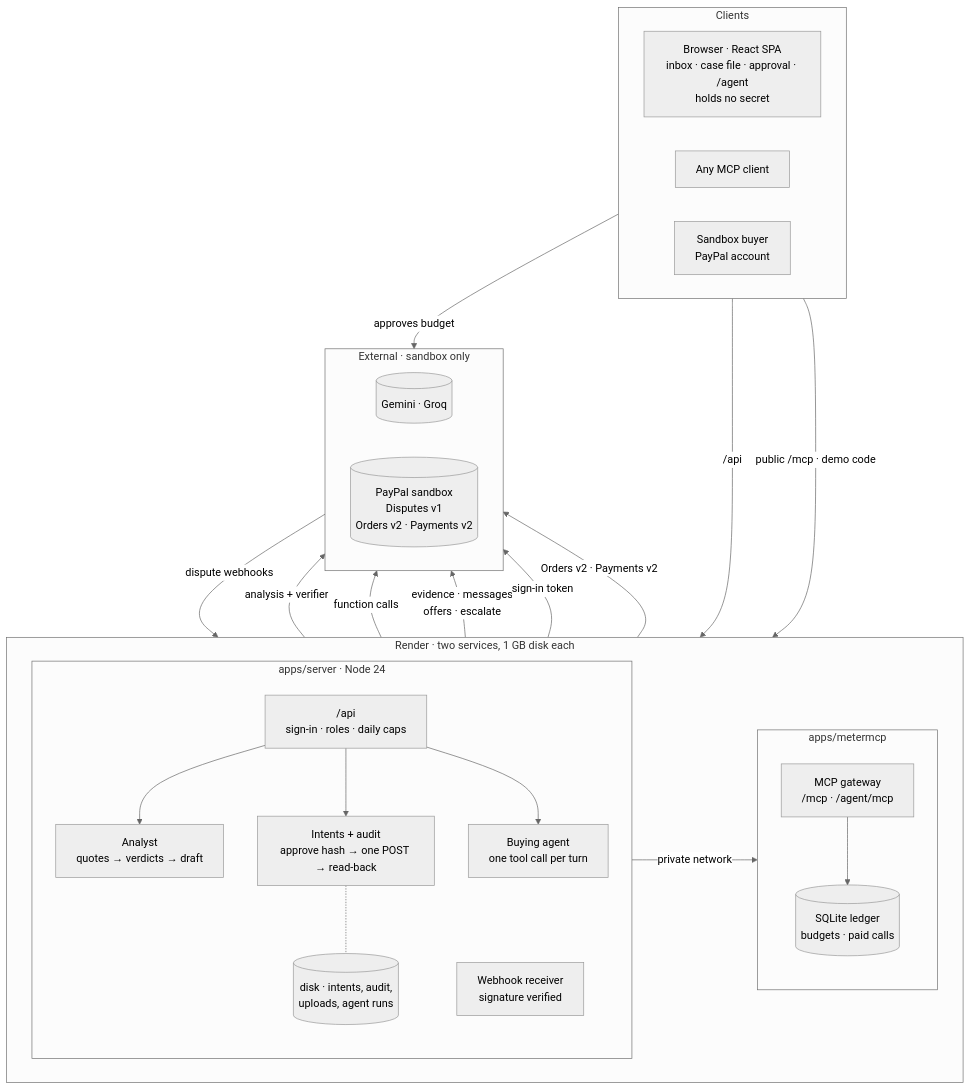
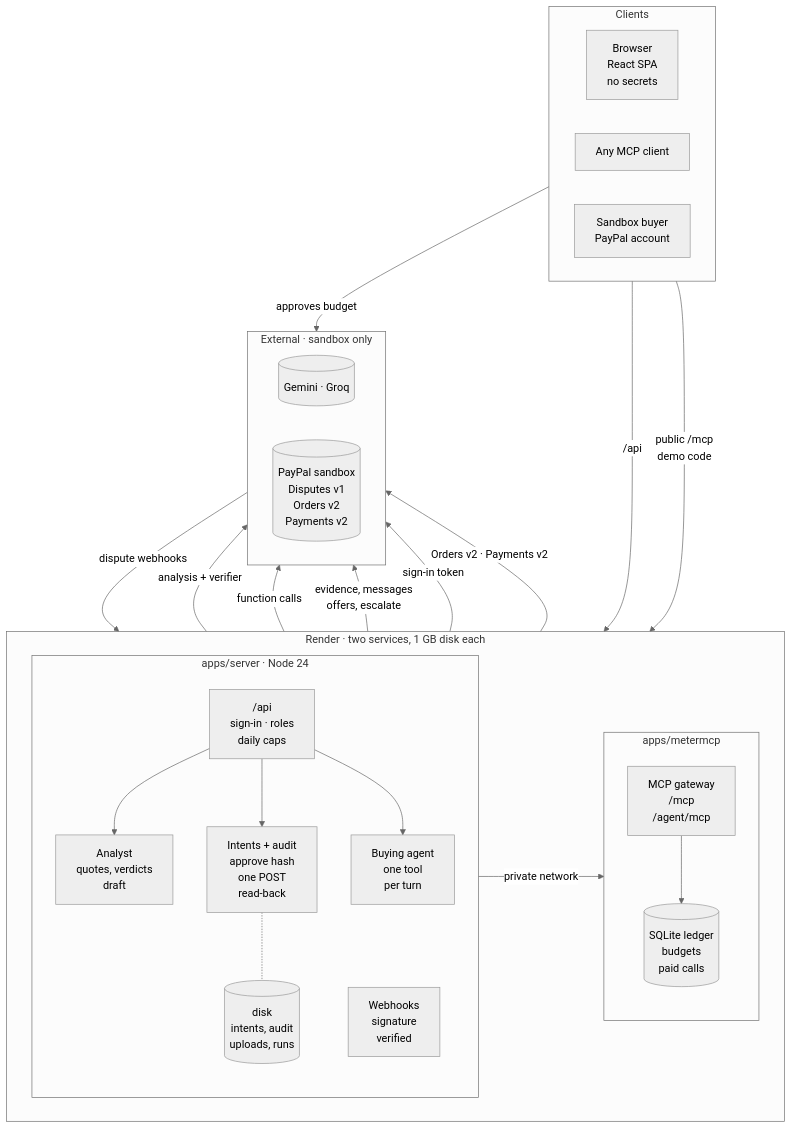
The diagram in README.md (hvaler/resolvekit), drawn with Mermaid (neutral theme) before and after one commit. The commit also changed 1 other file, not shown here.

Commit message:
README (EN/ES): shorter diagram labels so GitHub's Mermaid does not clip them

````diff
--- a/README.md
+++ b/README.md
@@ -171,49 +171,49 @@
 ```mermaid
 flowchart TB
   subgraph clients["Clients"]
     direction LR
-    UI["Browser · React SPA<br/>inbox · case file · approval · /agent<br/>holds no secret"]
+    UI["Browser<br/>React SPA<br/>no secrets"]
     MCPC["Any MCP client"]
     BUY["Sandbox buyer<br/>PayPal account"]
   end
 
   subgraph render["Render · two services, 1 GB disk each"]
     direction LR
     subgraph rk["apps/server · Node 24"]
       direction TB
-      API["/api<br/>sign-in · roles · daily caps"]
-      AN["Analyst<br/>quotes → verdicts → draft"]
-      INT["Intents + audit<br/>approve hash → one POST → read-back"]
-      AG["Buying agent<br/>one tool call per turn"]
-      WH["Webhook receiver<br/>signature verified"]
-      D1[("disk · intents, audit,<br/>uploads, agent runs")]
+      API["/api<br/>sign-in · roles<br/>daily caps"]
+      AN["Analyst<br/>quotes, verdicts<br/>draft"]
+      INT["Intents + audit<br/>approve hash<br/>one POST<br/>read-back"]
+      AG["Buying agent<br/>one tool<br/>per turn"]
+      WH["Webhooks<br/>signature<br/>verified"]
+      D1[("disk<br/>intents, audit<br/>uploads, runs")]
       API --> AN
       API --> INT
       API --> AG
       INT -.- D1
     end
     subgraph mm["apps/metermcp"]
       direction TB
-      GW["MCP gateway<br/>/mcp · /agent/mcp"]
-      LED[("SQLite ledger<br/>budgets · paid calls")]
+      GW["MCP gateway<br/>/mcp<br/>/agent/mcp"]
+      LED[("SQLite ledger<br/>budgets<br/>paid calls")]
       GW --> LED
     end
   end
 
   subgraph ext["External · sandbox only"]
     direction LR
     LLM[("Gemini · Groq")]
-    PP[("PayPal sandbox<br/>Disputes v1<br/>Orders v2 · Payments v2")]
+    PP[("PayPal sandbox<br/>Disputes v1<br/>Orders v2<br/>Payments v2")]
   end
 
   UI -->|"/api"| API
-  MCPC -->|"public /mcp · demo code"| GW
+  MCPC -->|"public /mcp<br/>demo code"| GW
   BUY -->|"approves budget"| PP
   AG -->|"private network"| GW
   AN -->|"analysis + verifier"| LLM
   AG -->|"function calls"| LLM
-  INT -->|"evidence · messages<br/>offers · escalate"| PP
+  INT -->|"evidence, messages<br/>offers, escalate"| PP
   API -->|"sign-in token"| PP
   GW -->|"Orders v2 · Payments v2"| PP
   PP -->|"dispute webhooks"| WH
 ```
````
